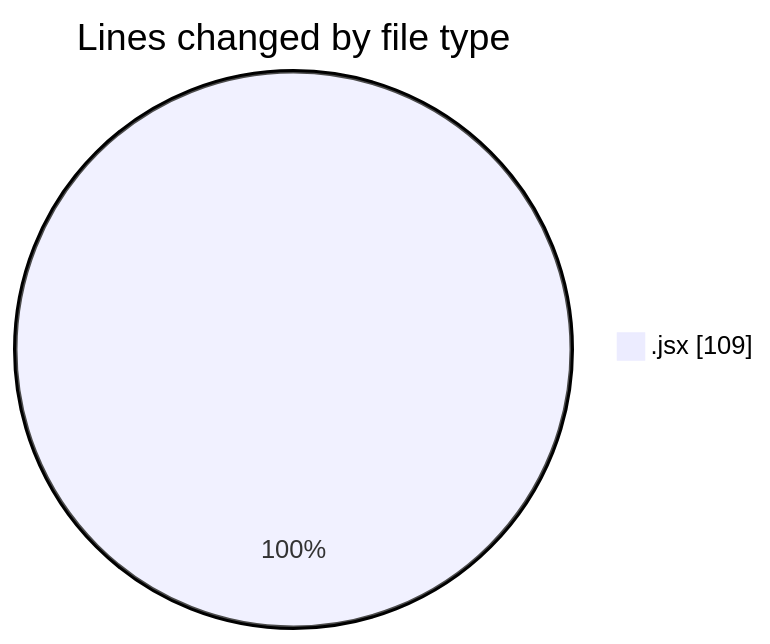
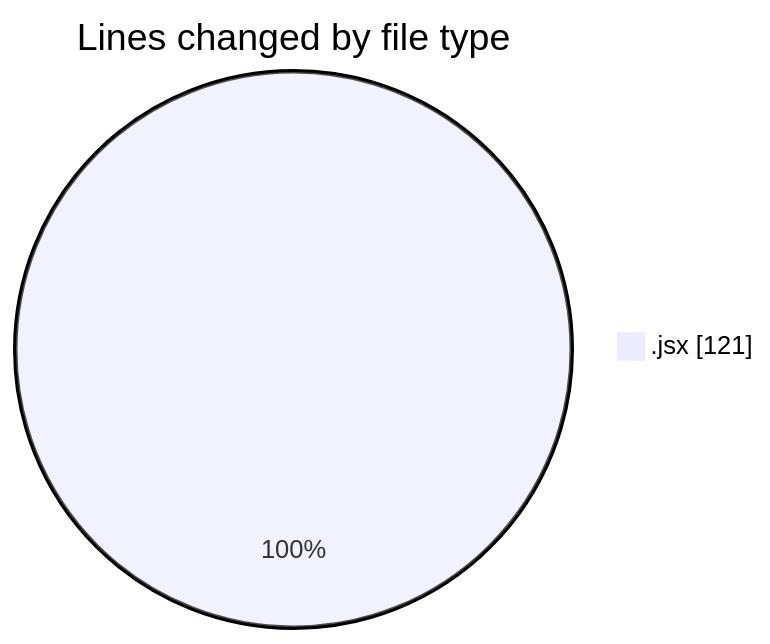
The first of 2 diagrams in 2025-03-08/elitesgpt/README.md (Elitesun/code-tracking), drawn with Mermaid before and after one commit. The commit also changed other lines of this file and 1 other file, not shown here.

````diff
--- a/2025-03-08/elitesgpt/README.md
+++ b/2025-03-08/elitesgpt/README.md
@@ -20,5 +20,5 @@
 ```mermaid
 pie showData
 title Lines changed by file type
-".jsx" : 109
+".jsx" : 121
 ```
````
